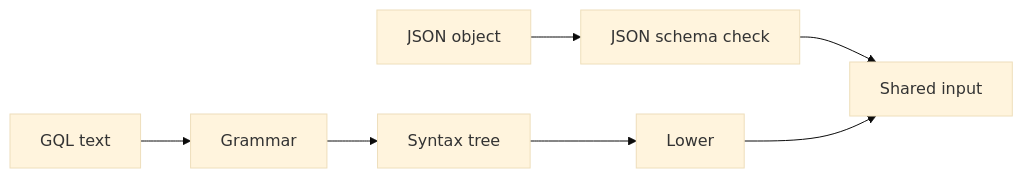
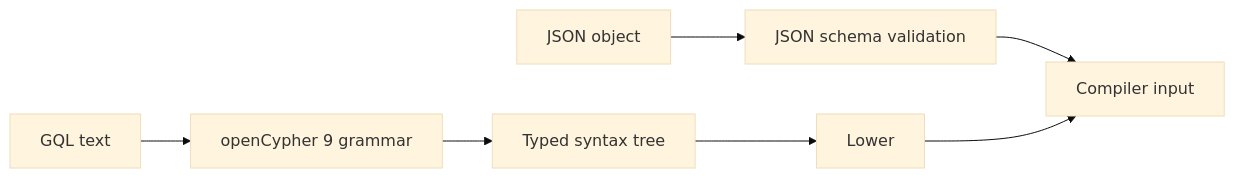
Before and after one commit to gitlabhq/orbit-knowledge-graph: the third of 6 diagrams in docs/pages/engineering/architecture/query-languages.md, drawn with Mermaid (base theme). The commit also changed other lines of this file and 2 other files, not shown here.

Commit message:
docs(architecture): tighten the querying pages and add the engine walkthrough

````diff
--- a/docs/pages/engineering/architecture/query-languages.md
+++ b/docs/pages/engineering/architecture/query-languages.md
@@ -70,5 +72,5 @@
 ```mermaid
 flowchart LR
-    Object[JSON object] --> Schema[JSON schema check] --> Input[Shared input]
-    Text[GQL text] --> Grammar --> Tree[Syntax tree] --> Lower --> Input
+    Object[JSON object] --> Schema[JSON schema validation] --> Input[Compiler input]
+    Text[GQL text] --> Grammar[openCypher 9 grammar] --> Tree[Typed syntax tree] --> Lower --> Input
 ```
````
